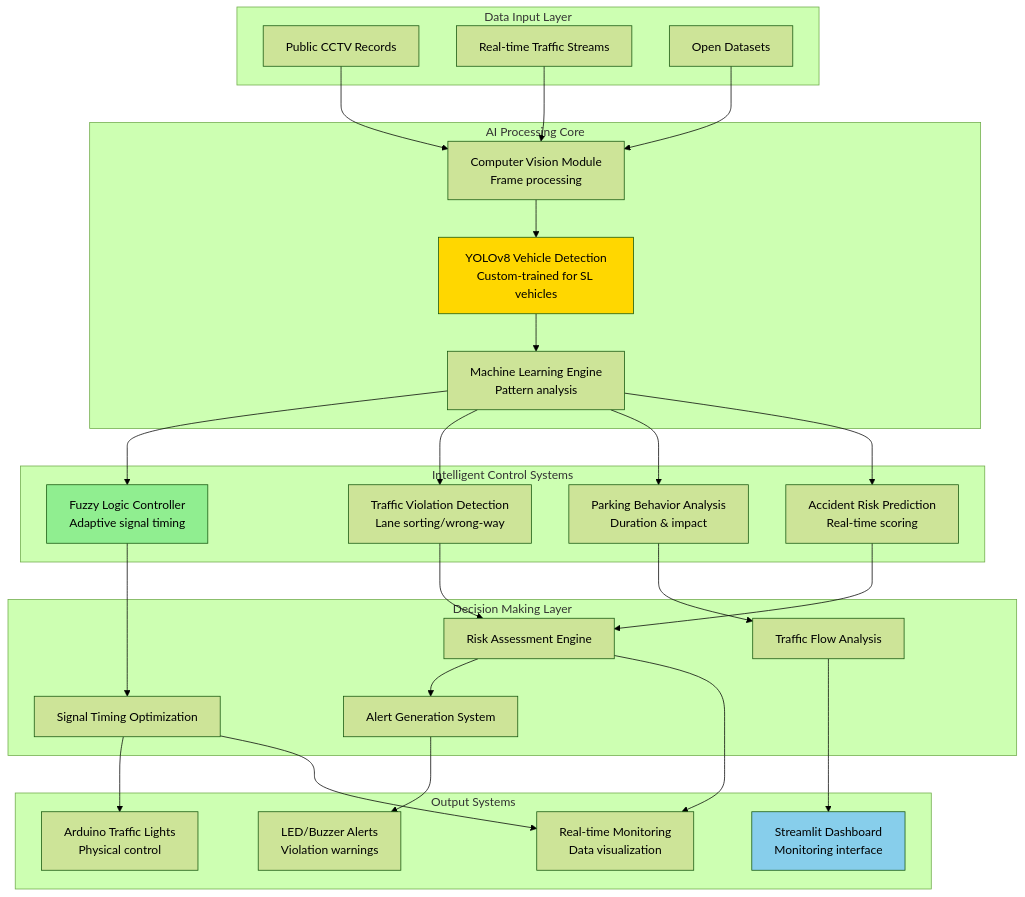
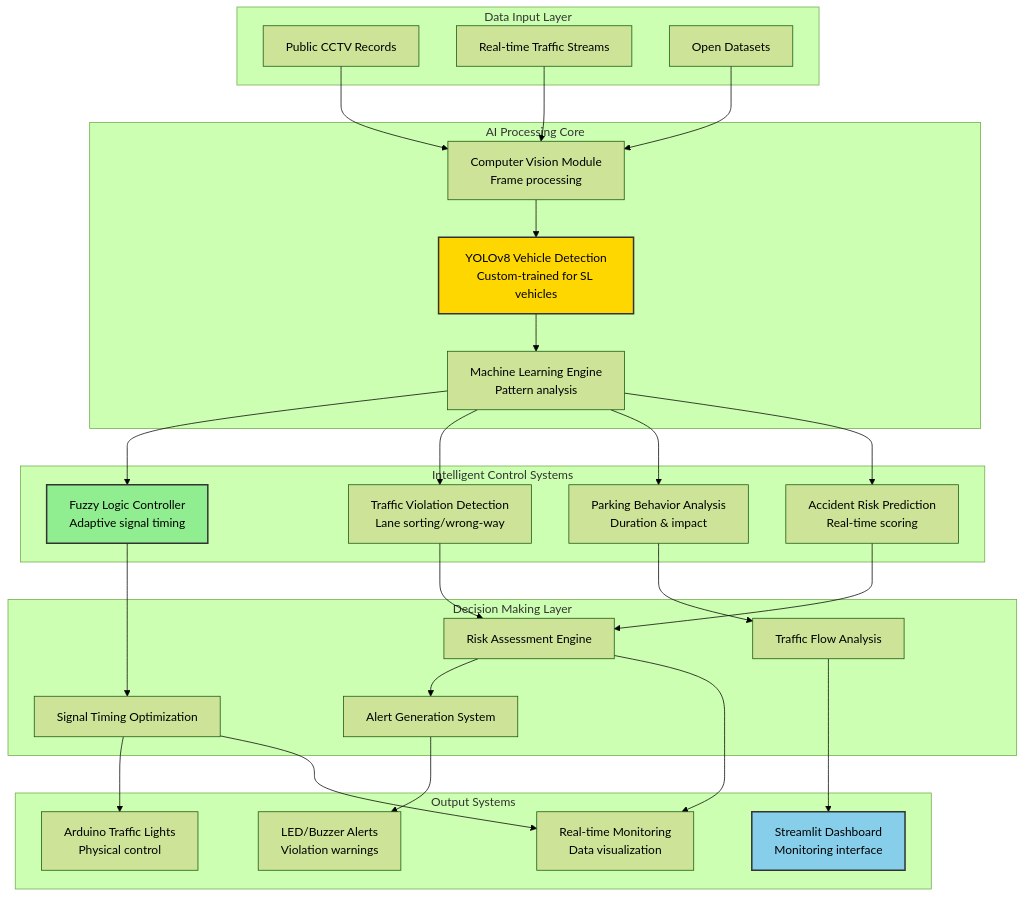
Before and after one commit to ITMS-Project/intelligent-traffic-management-system: the diagram in README.md, drawn with Mermaid (forest theme). The commit also changed other lines of this file, not shown here.

Commit message:
Update README: Fix diagram text visibility and update timeline

````diff
--- a/README.md
+++ b/README.md
@@ -45,61 +45,61 @@
 ```mermaid
 graph TB
     subgraph "Data Input Layer"
         A[Public CCTV Records]
         B[Real-time Traffic Streams]
         C[Open Datasets]
     end
     
     subgraph "AI Processing Core"
         D[YOLOv8 Vehicle Detection<br/>Custom-trained for SL vehicles]
         E[Computer Vision Module<br/>Frame processing]
         F[Machine Learning Engine<br/>Pattern analysis]
     end
     
     subgraph "Intelligent Control Systems"
         G[Fuzzy Logic Controller<br/>Adaptive signal timing]
         H[Traffic Violation Detection<br/>Lane sorting/wrong-way]
         I[Parking Behavior Analysis<br/>Duration & impact]
         J[Accident Risk Prediction<br/>Real-time scoring]
     end
     
     subgraph "Decision Making Layer"
         K[Risk Assessment Engine]
         L[Signal Timing Optimization]
         M[Alert Generation System]
         N[Traffic Flow Analysis]
     end
     
     subgraph "Output Systems"
         O[Arduino Traffic Lights<br/>Physical control]
         P[LED/Buzzer Alerts<br/>Violation warnings]
         Q[Streamlit Dashboard<br/>Monitoring interface]
         R[Real-time Monitoring<br/>Data visualization]
     end
     
     A --> E
     B --> E
     C --> E
     E --> D
     D --> F
     F --> G
     F --> H
     F --> I
     F --> J
     
     G --> L
     H --> K
     I --> N
     J --> K
     
     K --> M
     L --> O
     M --> P
     N --> Q
     K --> R
     L --> R
     
-    style D fill:#FFD700
-    style G fill:#90EE90
-    style Q fill:#87CEEB
+    style D fill:#FFD700,color:#000000,stroke:#333,stroke-width:2px
+    style G fill:#90EE90,color:#000000,stroke:#333,stroke-width:2px
+    style Q fill:#87CEEB,color:#000000,stroke:#333,stroke-width:2px
 ```
````
